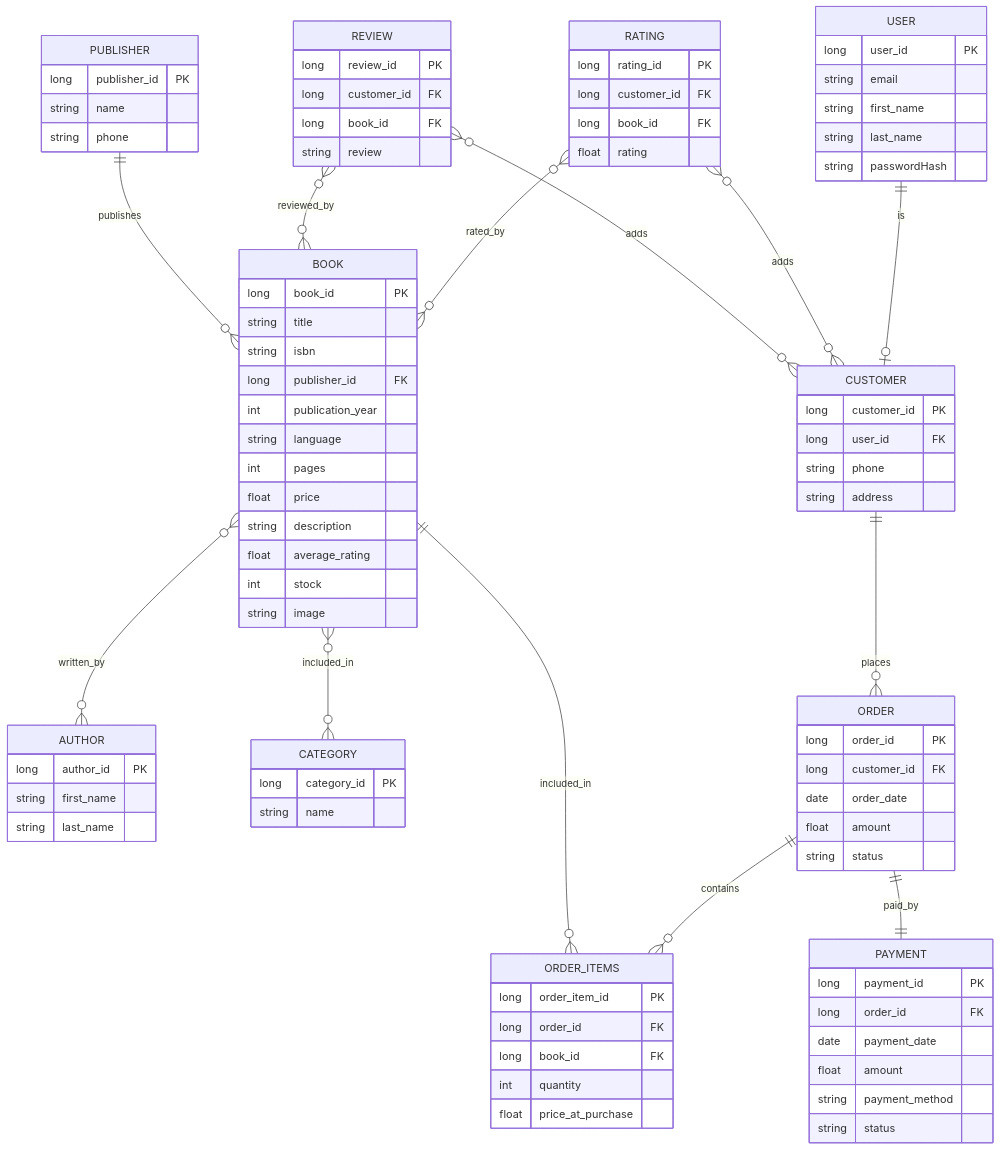
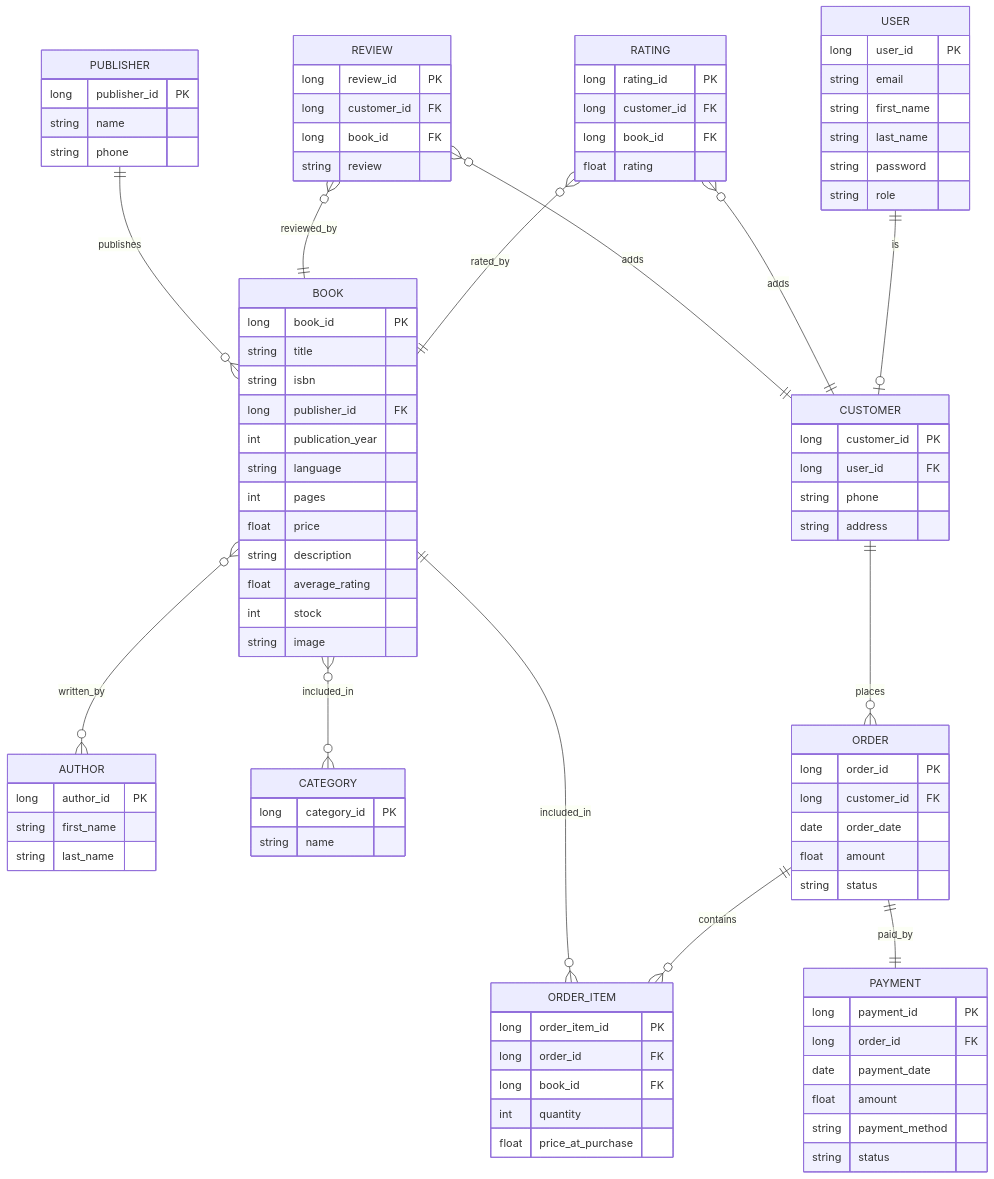
One commit to Angel1Ionita/bookstore changed the diagram in README.md. Above: the diagram before and after it, drawn with Mermaid. The commit also changed 21 other files, not shown here.

Commit message:
entities + erd fix

````diff
--- a/README.md
+++ b/README.md
@@ -18,7 +18,8 @@
         string email
         string first_name
         string last_name
-        string passwordHash
+        string password
+        string role
     }
 
     BOOK {
@@ -82,7 +83,7 @@
         string status
     }
 
-    ORDER_ITEMS {
+    ORDER_ITEM {
         long order_item_id PK
         long order_id FK
         long book_id FK
@@ -104,17 +105,17 @@
     BOOK }o--o{ AUTHOR : written_by
     BOOK }o--o{ CATEGORY : included_in
 
-    RATING }o--o{ BOOK : rated_by
-    RATING }o--o{ CUSTOMER : adds
+    RATING }o--|| BOOK : rated_by
+    RATING }o--|| CUSTOMER : adds
 
-    REVIEW }o--o{ BOOK : reviewed_by
-    REVIEW }o--o{ CUSTOMER : adds
+    REVIEW }o--|| BOOK : reviewed_by
+    REVIEW }o--|| CUSTOMER : adds
 
     PUBLISHER ||--o{ BOOK : publishes
 
     CUSTOMER ||--o{ ORDER : places
-    ORDER ||--o{ ORDER_ITEMS : contains
-    BOOK ||--o{ ORDER_ITEMS : included_in
+    ORDER ||--o{ ORDER_ITEM : contains
+    BOOK ||--o{ ORDER_ITEM : included_in
 
     ORDER ||--|| PAYMENT : paid_by
 ```
````
